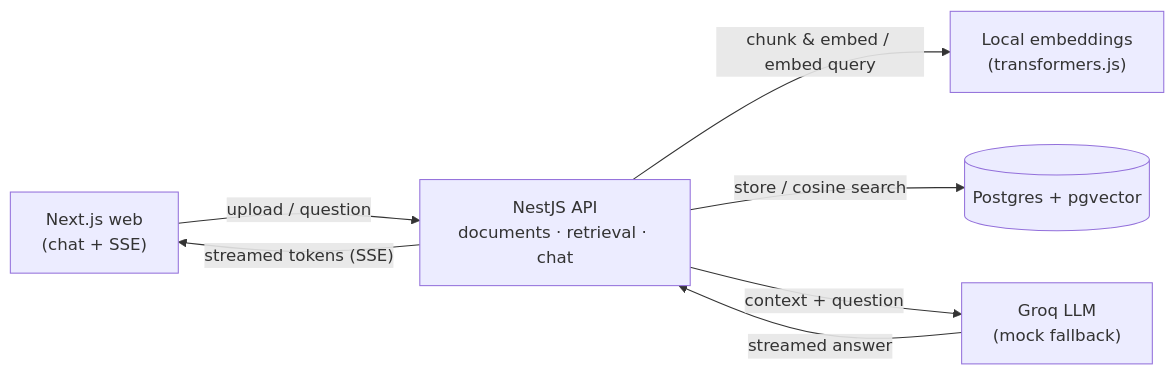
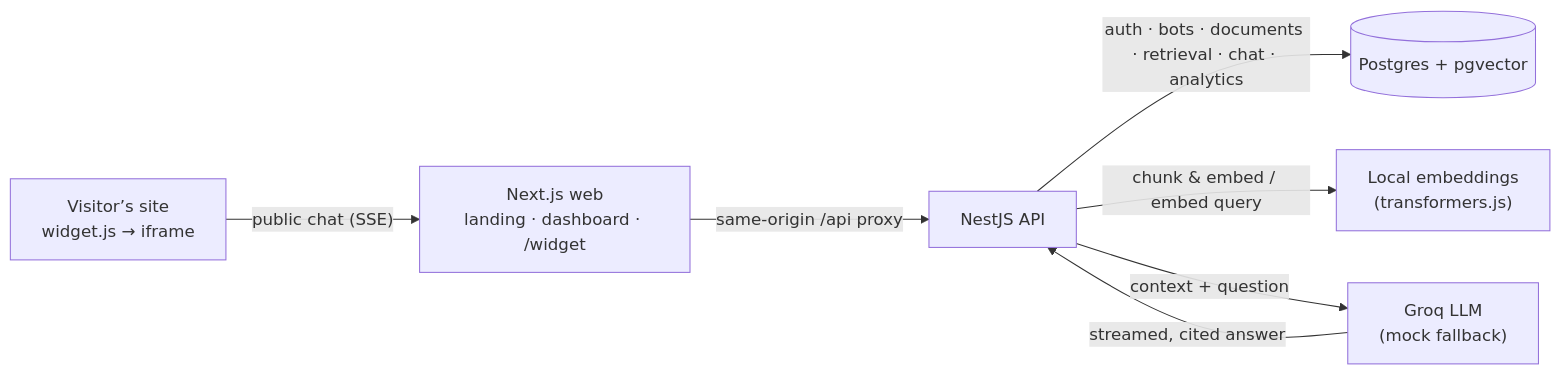
One commit to iberezh/rag-doc-qa changed the diagram in README.md. Above: the diagram before and after it, drawn with Mermaid. The commit also changed other lines of this file and 7 other files, not shown here.

````diff
--- a/README.md
+++ b/README.md
@@ -38,15 +66,16 @@
 ```mermaid
 flowchart LR
-    web["Next.js web<br/>(chat + SSE)"]
-    api["NestJS API<br/>documents · retrieval · chat"]
+    visitor["Visitor’s site<br/>widget.js → iframe"]
+    web["Next.js web<br/>landing · dashboard · /widget"]
+    api["NestJS API"]
     emb["Local embeddings<br/>(transformers.js)"]
     db[("Postgres + pgvector")]
     llm["Groq LLM<br/>(mock fallback)"]
 
-    web -- "upload / question" --> api
-    api -- "streamed tokens (SSE)" --> web
+    visitor -- "public chat (SSE)" --> web
+    web -- "same-origin /api proxy" --> api
+    api -- "auth · bots · documents · retrieval · chat · analytics" --> db
     api -- "chunk & embed / embed query" --> emb
-    api -- "store / cosine search" --> db
     api -- "context + question" --> llm
-    llm -- "streamed answer" --> api
+    llm -- "streamed, cited answer" --> api
 ```
````
